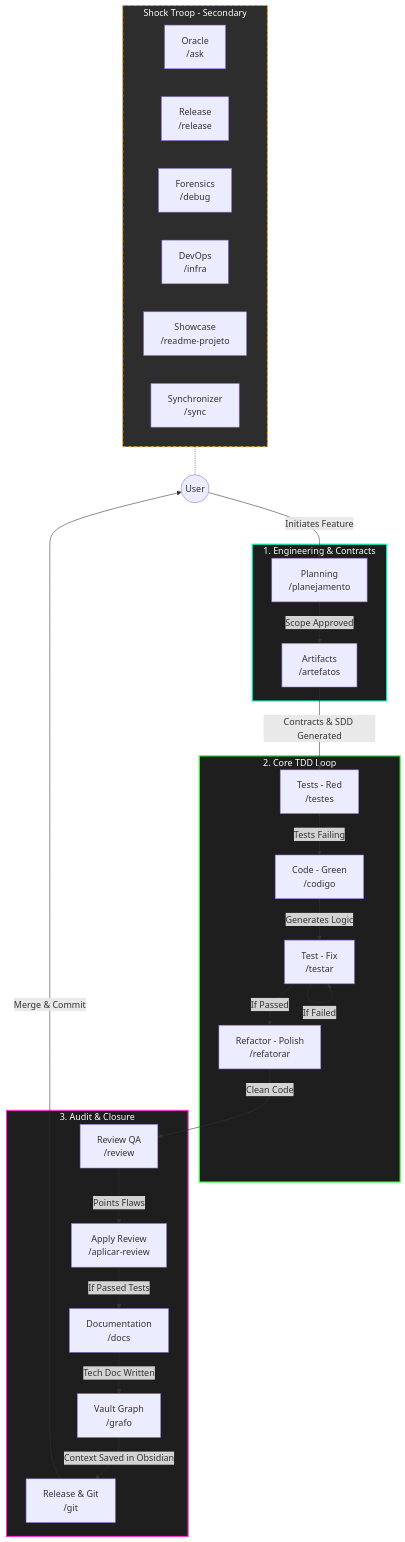
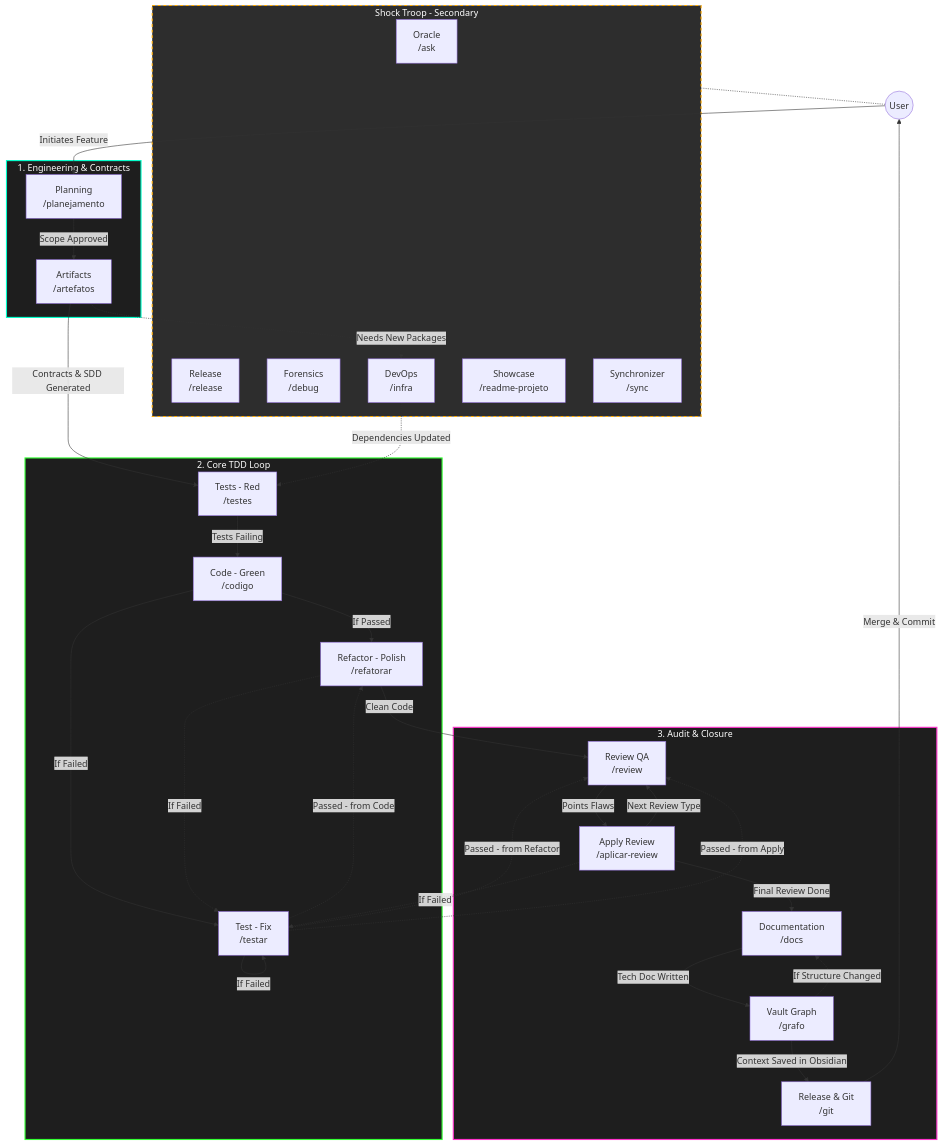
The diagram in docs/README.md (MarcosVeniciu/antigravity-agentic-workflows), drawn with Mermaid before and after one commit. The commit also changed other lines of this file, not shown here.

Commit message:
docs(readme): update state machine flow diagram and agent descriptions
Updated the Mermaid ecosystem diagram to reflect the universal testar debugger, the new packages routing to DevOps (infra), and the sequential review chain loop. Adjusted agent descriptions to match the new triggers.

````diff
--- a/docs/README.md
+++ b/docs/README.md
@@ -9,59 +9,71 @@
 ```mermaid
 graph TD
     %% Main nodes
     User((User))
 
     subgraph Phase1 [1. Engineering & Contracts]
         P[Planning <br> /planejamento]
         A[Artifacts <br> /artefatos]
     end
 
     subgraph Phase2 [2. Core TDD Loop]
         T[Tests - Red <br> /testes]
         C[Code - Green <br> /codigo]
         F[Test - Fix <br> /testar]
         R[Refactor - Polish <br> /refatorar]
     end
 
     subgraph Phase3 [3. Audit & Closure]
         Rev[Review QA <br> /review]
         App[Apply Review <br> /aplicar-review]
         Docs[Documentation <br> /docs]
         Grafo[Vault Graph <br> /grafo]
         Git[Release & Git <br> /git]
     end
 
     subgraph Support [Shock Troop - Secondary]
         Ask[Oracle <br> /ask]
         Release[Release <br> /release]
         Debug[Forensics <br> /debug]
         Infra[DevOps <br> /infra]
         ReadmeProjeto[Showcase <br> /readme-projeto]
         Sync[Synchronizer <br> /sync]
     end
 
     %% Main Flow
     User -->|Initiates Feature| P
     P -->|Scope Approved| A
     A -->|Contracts & SDD Generated| T
+    A -.->|Needs New Packages| Infra
+    Infra -.->|Dependencies Updated| T
     
     T -->|Tests Failing| C
-    C -->|Generates Logic| F
-    F -->|If Passed| R
-    F -->|If Failed| F
+    C -->|If Passed| R
+    C -->|If Failed| F
+    
     R -->|Clean Code| Rev
+    R -.->|If Failed| F
 
     Rev -->|Points Flaws| App
-    App -->|If Passed Tests| Docs
+    App -.->|If Failed| F
+    App -->|Next Review Type| Rev
+    App -->|Final Review Done| Docs
+    
+    F -->|If Failed| F
+    F -.->|Passed - from Code| R
+    F -.->|Passed - from Refactor| Rev
+    F -.->|Passed - from Apply| Rev
+    
     Docs -->|Tech Doc Written| Grafo
     Grafo -->|Context Saved in Obsidian| Git
+    Grafo -.->|If Structure Changed| Docs
     Git -->|Merge & Commit| User
     
     %% Support Links (isolated)
     Support -.- User
 
     style Phase1 fill:#1e1e1e,stroke:#00ffcc,stroke-width:2px,color:#fff
     style Phase2 fill:#1e1e1e,stroke:#33ff33,stroke-width:2px,color:#fff
     style Phase3 fill:#1e1e1e,stroke:#ff33cc,stroke-width:2px,color:#fff
     style Support fill:#2d2d2d,stroke:#ffaa00,stroke-width:2px,stroke-dasharray: 5 5,color:#fff
 ```
````
